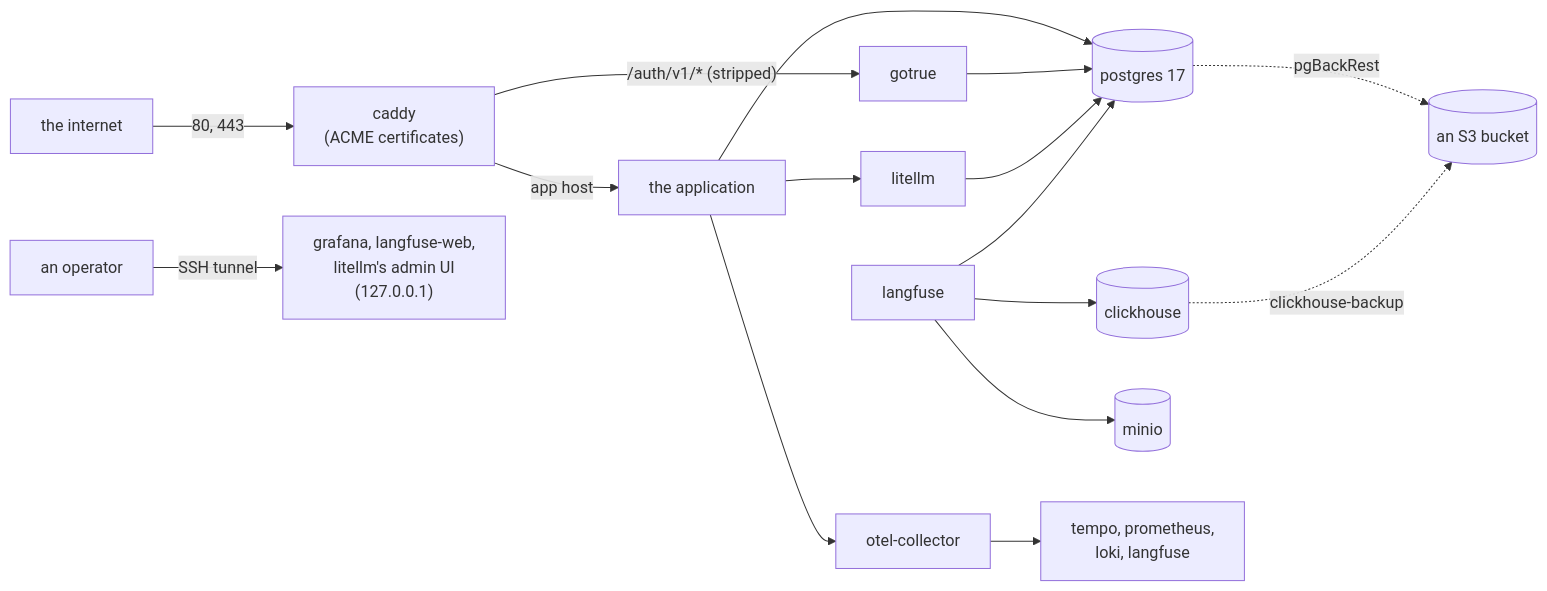
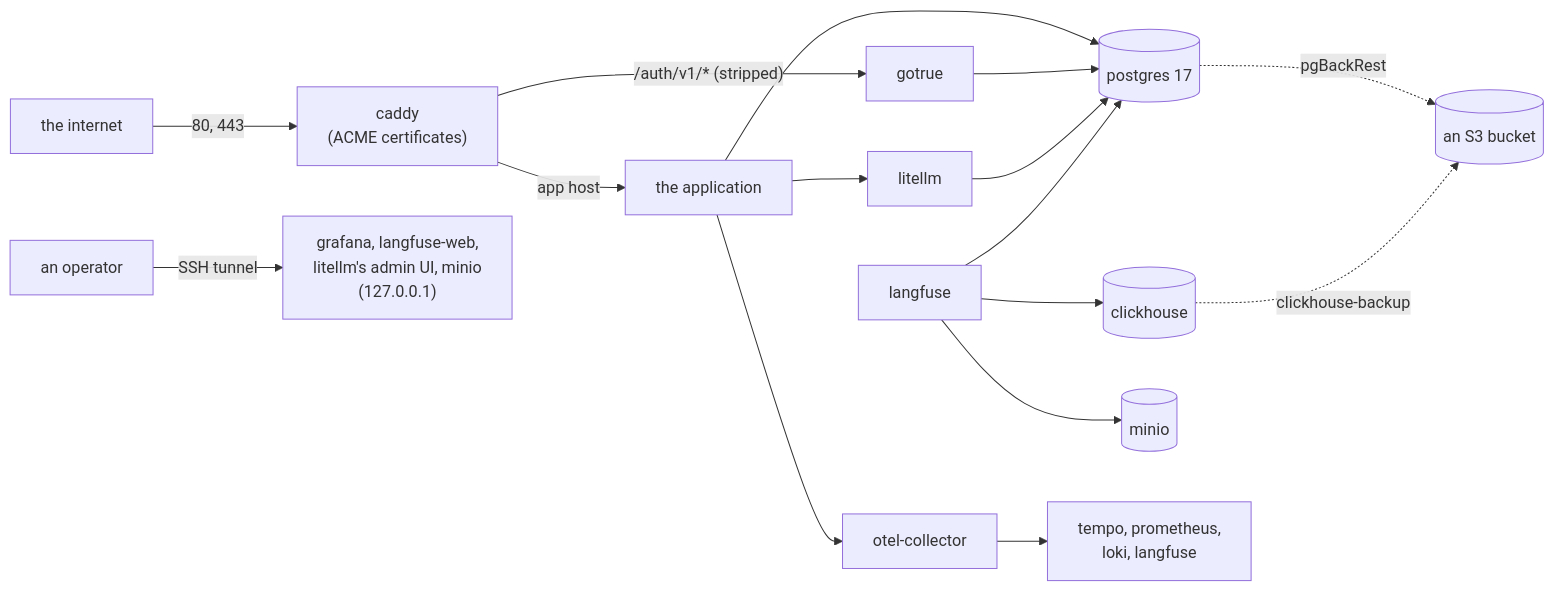
Before and after one commit to alexnodeland/lattice: the first of 2 diagrams in docs/stackr/rfcs/0004-hosting-recipes.md, drawn with Mermaid. The commit also changed other lines of this file, not shown here.

Commit message:
docs(rfc): MinIO stays on loopback on the host, and plainer diagrams

````diff
--- a/docs/stackr/rfcs/0004-hosting-recipes.md
+++ b/docs/stackr/rfcs/0004-hosting-recipes.md
@@ -75,13 +75,17 @@
 ```mermaid
 graph LR
     internet["the internet"] -- "80, 443" --> caddy["caddy<br/>(ACME certificates)"]
     caddy -- "app host" --> app["the application"]
     caddy -- "/auth/v1/* (stripped)" --> gotrue["gotrue"]
-    operator["an operator"] -- "SSH tunnel" --> uis["grafana, langfuse-web,<br/>litellm's admin UI<br/>(127.0.0.1)"]
-    app --> litellm["litellm"] & collector["otel-collector"]
-    app & gotrue & litellm & langfuse["langfuse"] --> postgres[("postgres 17")]
+    operator["an operator"] -- "SSH tunnel" --> uis["grafana, langfuse-web,<br/>litellm's admin UI, minio<br/>(127.0.0.1)"]
+    litellm["litellm"]
+    collector["otel-collector"]
+    langfuse["langfuse"]
+    postgres[("postgres 17")]
+    app --> litellm & collector
+    app & gotrue & litellm & langfuse --> postgres
     langfuse --> clickhouse[("clickhouse")] & minio[("minio")]
     collector --> backends["tempo, prometheus,<br/>loki, langfuse"]
     postgres -. "pgBackRest" .-> bucket[("an S3 bucket")]
     clickhouse -. "clickhouse-backup" .-> bucket
 ```
````
